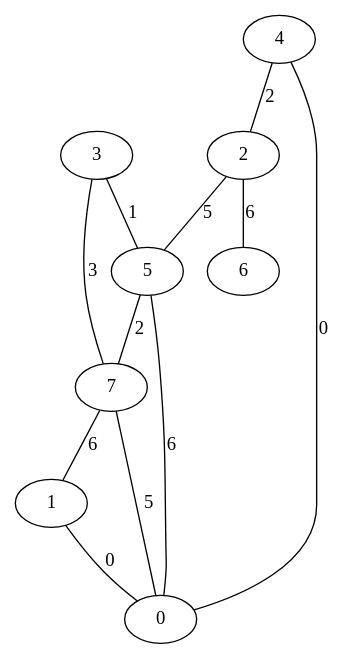
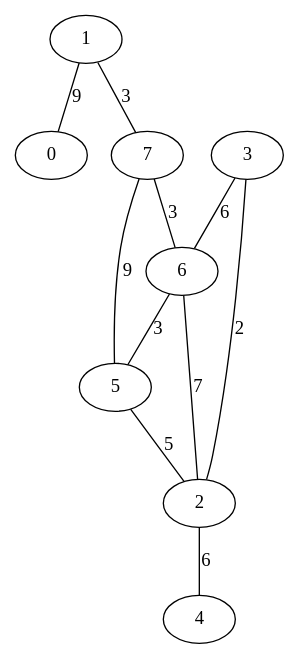
Before and after one commit to chmullig/cs3137: the diagram in theory5/q6.dot, drawn with Graphviz. The commit also changed 3 other files, not shown here.

Commit message:
Stupid first graph wasn't connected.

```diff
--- a/theory5/q6.dot
+++ b/theory5/q6.dot
@@ -1,14 +1,21 @@
 graph G {
 overlap=scalexy;
-	 2 -- 6 [label="6"];
-	 5 -- 0 [label="6"];
-	 3 -- 7 [label="3"];
-	 4 -- 0 [label="0"];
-	 7 -- 0 [label="5"];
-	 7 -- 1 [label="6"];
-	 4 -- 2 [label="2"];
-	 5 -- 7 [label="2"];
-	 1 -- 0 [label="0"];
-	 2 -- 5 [label="5"];
-	 3 -- 5 [label="1"];
+0;
+1;
+2;
+3;
+4;
+5;
+6;
+7;
+	 7 -- 6 [label="3"];
+	 5 -- 7 [label="9"];
+	 3 -- 2 [label="2"];
+	 6 -- 5 [label="3"];
+	 1 -- 0 [label="9"];
+	 1 -- 7 [label="3"];
+	 3 -- 6 [label="6"];
+	 2 -- 4 [label="6"];
+	 5 -- 2 [label="5"];
+	 6 -- 2 [label="7"];
 }
```
